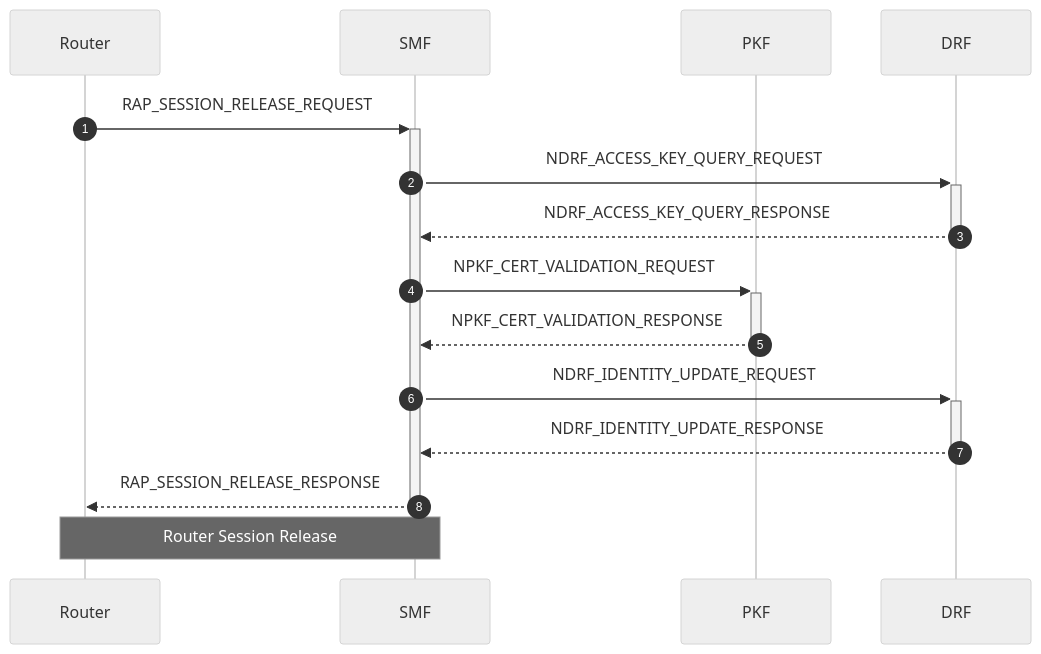
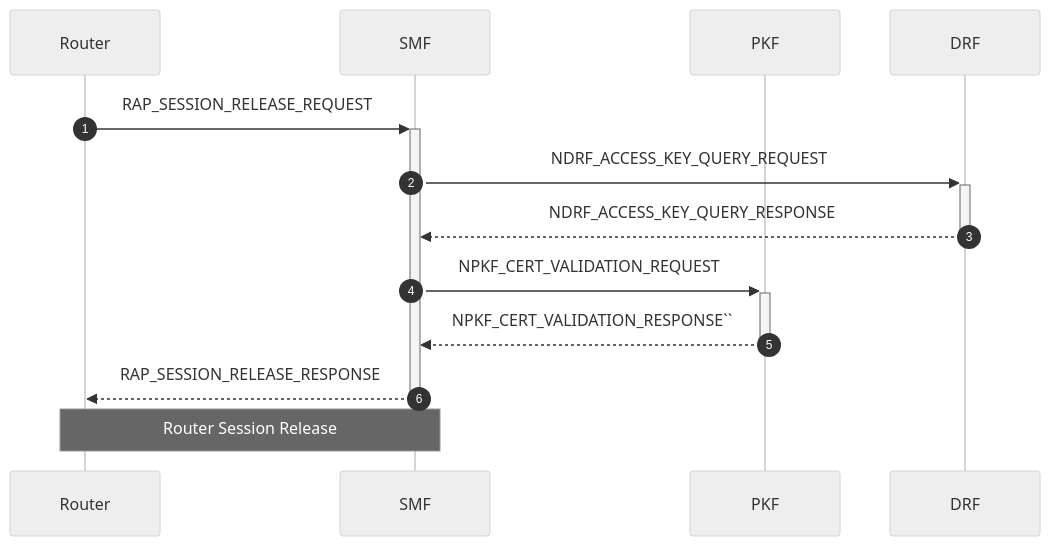
The tenth of 23 diagrams in doc/doc-spec/00-series-general/00.002-procedure.md (veil-link/veilink), drawn with Mermaid (neutral theme) before and after one commit. The commit also changed other lines of this file, not shown here.

Commit message:
fix: mermaid typo

````diff
--- a/doc/doc-spec/00-series-general/00.002-procedure.md
+++ b/doc/doc-spec/00-series-general/00.002-procedure.md
@@ -231,20 +231,18 @@
 ```mermaid
 sequenceDiagram
     autonumber
 
     participant rt as Router
     participant smf as SMF
     participant pkf as PKF
     participant drf as DRF
 
     rt ->>+ smf: RAP_SESSION_RELEASE_REQUEST
     smf ->>+ drf: NDRF_ACCESS_KEY_QUERY_REQUEST
     drf -->>- smf: NDRF_ACCESS_KEY_QUERY_RESPONSE
     smf ->>+ pkf: NPKF_CERT_VALIDATION_REQUEST
-    pkf -->>- smf: NPKF_CERT_VALIDATION_RESPONSE
-    smf ->>+ drf: NDRF_IDENTITY_UPDATE_REQUEST
-    drf -->>- smf: NDRF_IDENTITY_UPDATE_RESPONSE
+    pkf -->>- smf: NPKF_CERT_VALIDATION_RESPONSE``
     smf -->>- rt: RAP_SESSION_RELEASE_RESPONSE
 
     Note over rt, smf: Router Session Release
 ```
````
